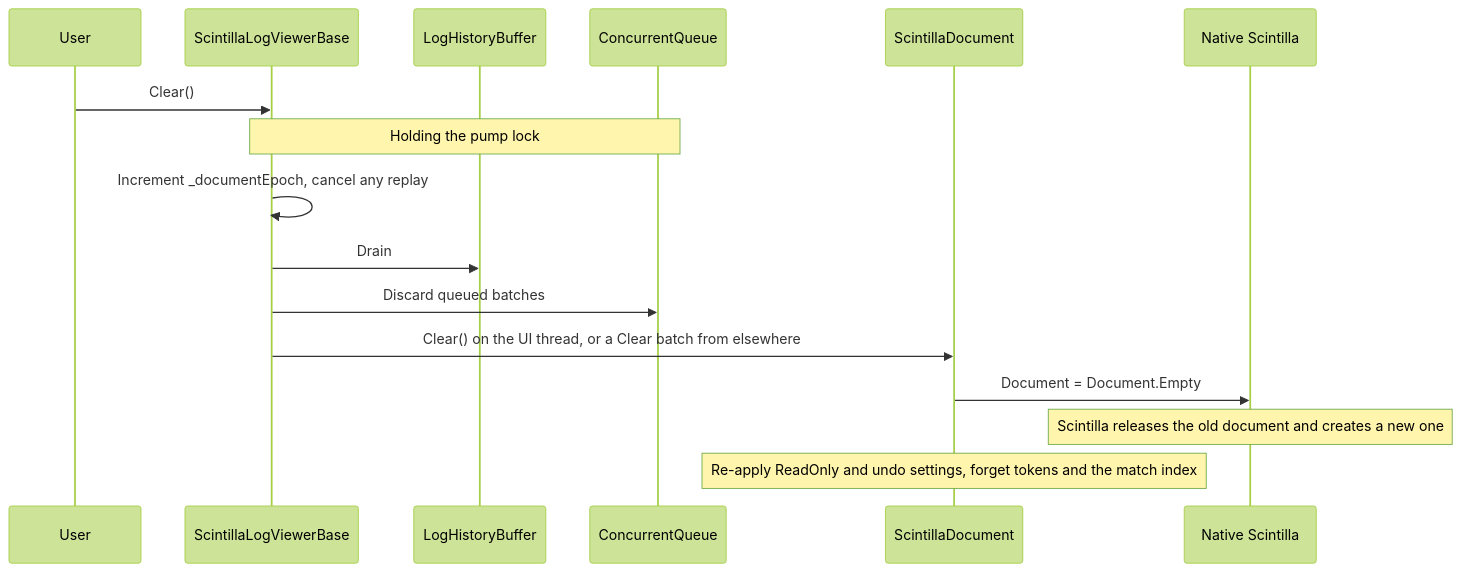
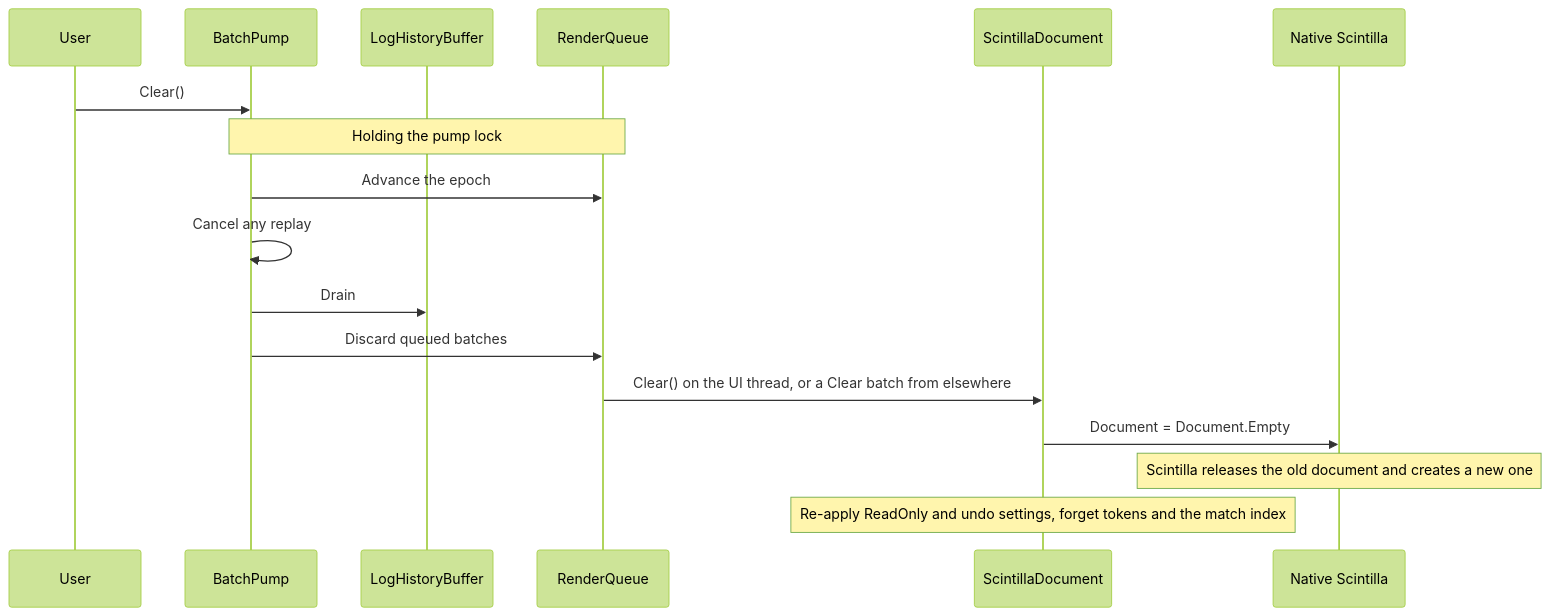
One commit to trgiangv/ZLogger.Scintilla changed the seventh of 8 diagrams in docs/architecture.md. Above: the diagram before and after it, drawn with Mermaid (forest theme). The commit also changed other lines of this file and 9 other files, not shown here.

First line of the commit message:
refactor(pipeline): split the viewer into BatchPump and RenderQueue

````diff
--- a/docs/architecture.md
+++ b/docs/architecture.md
@@ -361,19 +370,20 @@
 ```mermaid
 sequenceDiagram
     participant User
-    participant Base as ScintillaLogViewerBase
+    participant Base as BatchPump
     participant Hist as LogHistoryBuffer
-    participant Queue as ConcurrentQueue
+    participant Queue as RenderQueue
     participant Doc as ScintillaDocument
     participant Native as Native Scintilla
 
     User->>Base: Clear()
     Note over Base,Queue: Holding the pump lock
-    Base->>Base: Increment _documentEpoch, cancel any replay
+    Base->>Queue: Advance the epoch
+    Base->>Base: Cancel any replay
     Base->>Hist: Drain
     Base->>Queue: Discard queued batches
-    Base->>Doc: Clear() on the UI thread, or a Clear batch from elsewhere
+    Queue->>Doc: Clear() on the UI thread, or a Clear batch from elsewhere
     Doc->>Native: Document = Document.Empty
     Note over Native: Scintilla releases the old document and creates a new one
     Note over Doc: Re-apply ReadOnly and undo settings, forget tokens and the match index
 ```
````
